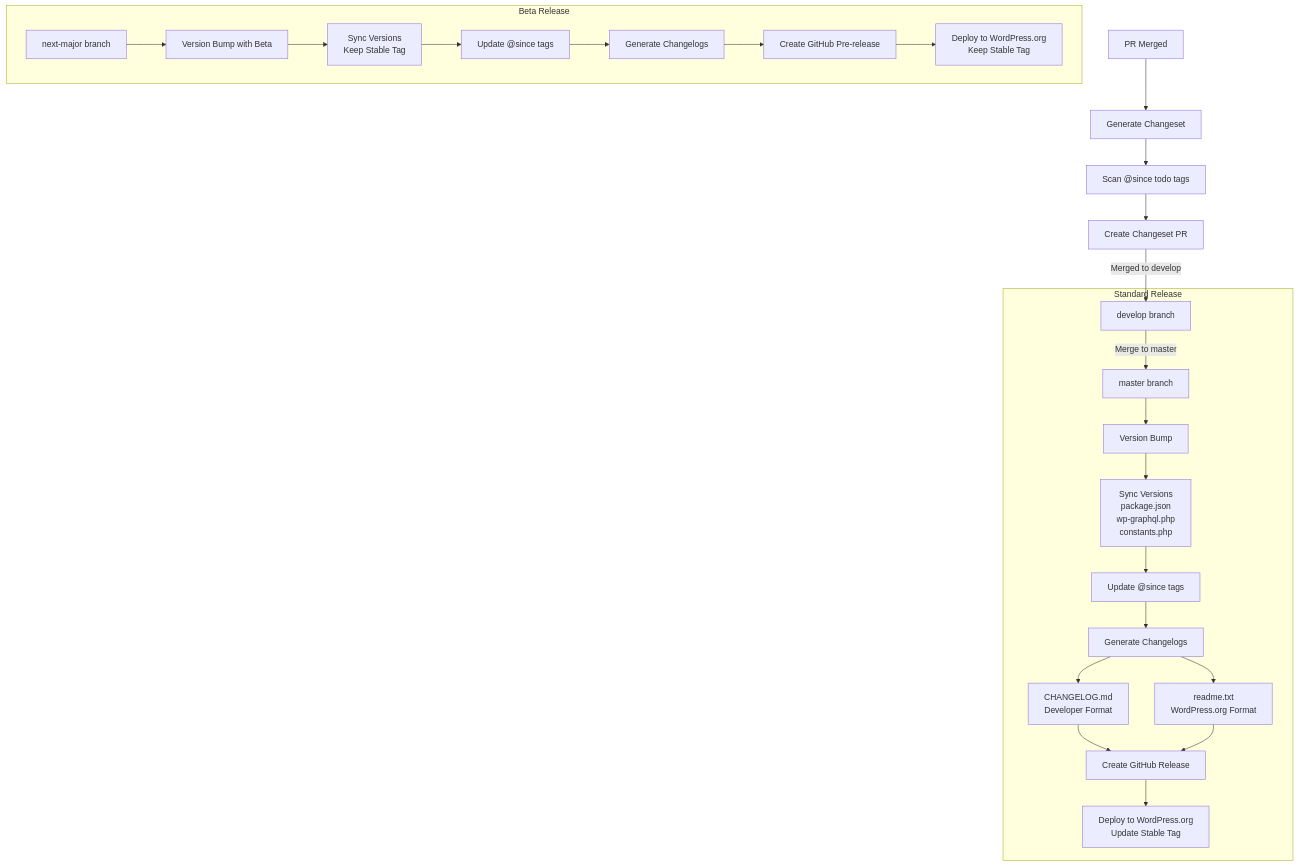
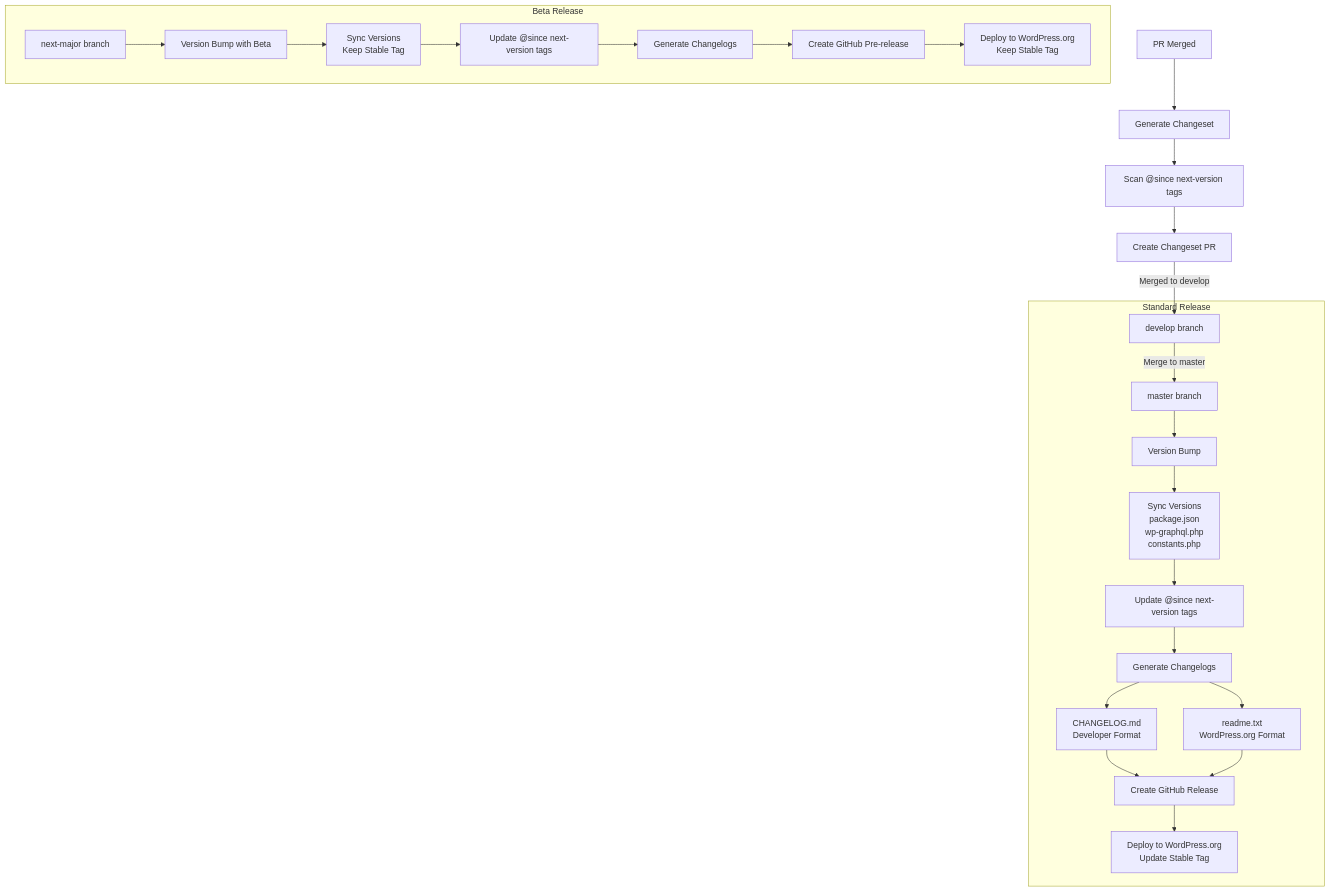
Before and after one commit to wp-graphql/wp-graphql: the diagram in docs/beta-releases.md, drawn with Mermaid. The commit also changed other lines of this file and 6 other files, not shown here.

````diff
--- a/docs/beta-releases.md
+++ b/docs/beta-releases.md
@@ -20,34 +22,34 @@
 ```mermaid
 flowchart TD
     %% PR and Changeset Process
     PR[PR Merged] --> GC[Generate Changeset]
-    GC --> ST[Scan @since todo tags]
+    GC --> ST[Scan @since next-version tags]
     ST --> CPR[Create Changeset PR]
     CPR --> |Merged to develop| DEV[develop branch]
 
     %% Standard Release Flow
     subgraph "Standard Release"
         DEV --> |Merge to master| M[master branch]
         M --> VB[Version Bump]
         VB --> SV[Sync Versions<br/>package.json<br/>wp-graphql.php<br/>constants.php]
-        SV --> US[Update @since tags]
+        SV --> US[Update @since next-version tags]
         US --> CL[Generate Changelogs]
 
         %% Changelog Generation
         CL --> MD[CHANGELOG.md<br/>Developer Format]
         CL --> RT[readme.txt<br/>WordPress.org Format]
 
         MD & RT --> GR[Create GitHub Release]
         GR --> WO[Deploy to WordPress.org<br/>Update Stable Tag]
     end
 
     %% Beta Release Flow
     subgraph "Beta Release"
         B[next-major branch] --> BV[Version Bump with Beta]
         BV --> BSV[Sync Versions<br/>Keep Stable Tag]
-        BSV --> BUS[Update @since tags]
+        BSV --> BUS[Update @since next-version tags]
         BUS --> BCL[Generate Changelogs]
         BCL --> BGR[Create GitHub Pre-release]
         BGR --> BWO[Deploy to WordPress.org<br/>Keep Stable Tag]
     end
 ```
````
